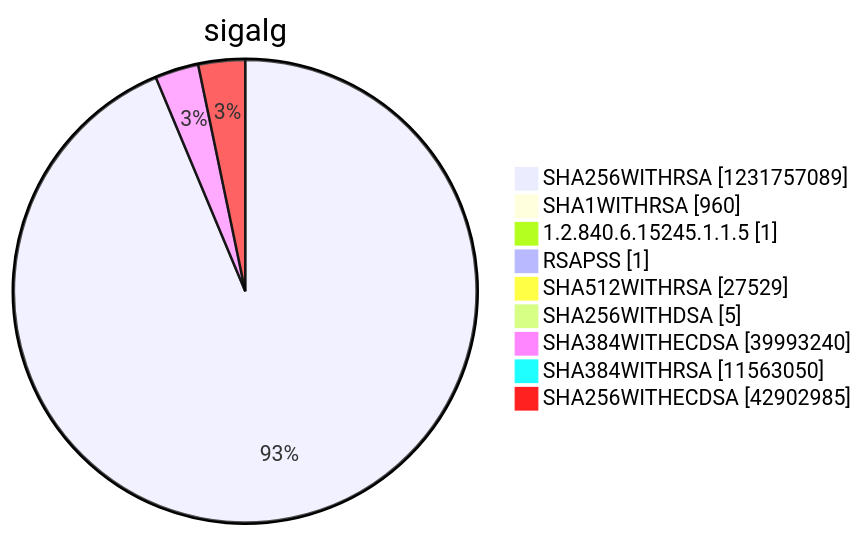
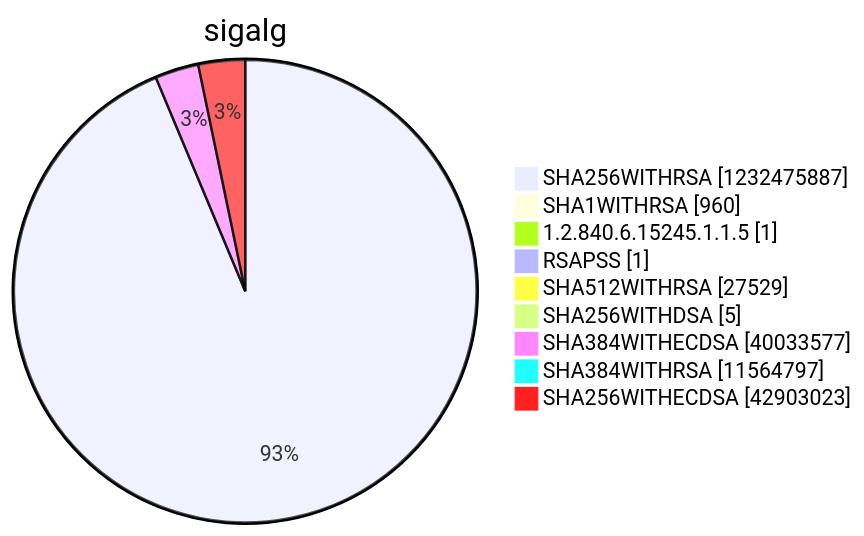
Before and after one commit to christiankrug/ctmonitor_visualization: diagram 15 of 15 in argon2022/README.md, drawn with Mermaid. The commit also changed other lines of this file, not shown here.

````diff
--- a/argon2022/README.md
+++ b/argon2022/README.md
@@ -5522,13 +5522,13 @@
 ```mermaid
 pie showData
 title sigalg
-"SHA256WITHRSA" :1231757089
+"SHA256WITHRSA" :1232475887
 "SHA1WITHRSA" :960
 "1.2.840.6.15245.1.1.5" :1
 "RSAPSS" :1
 "SHA512WITHRSA" :27529
 "SHA256WITHDSA" :5
-"SHA384WITHECDSA" :39993240
-"SHA384WITHRSA" :11563050
-"SHA256WITHECDSA" :42902985
+"SHA384WITHECDSA" :40033577
+"SHA384WITHRSA" :11564797
+"SHA256WITHECDSA" :42903023
 ```
````
